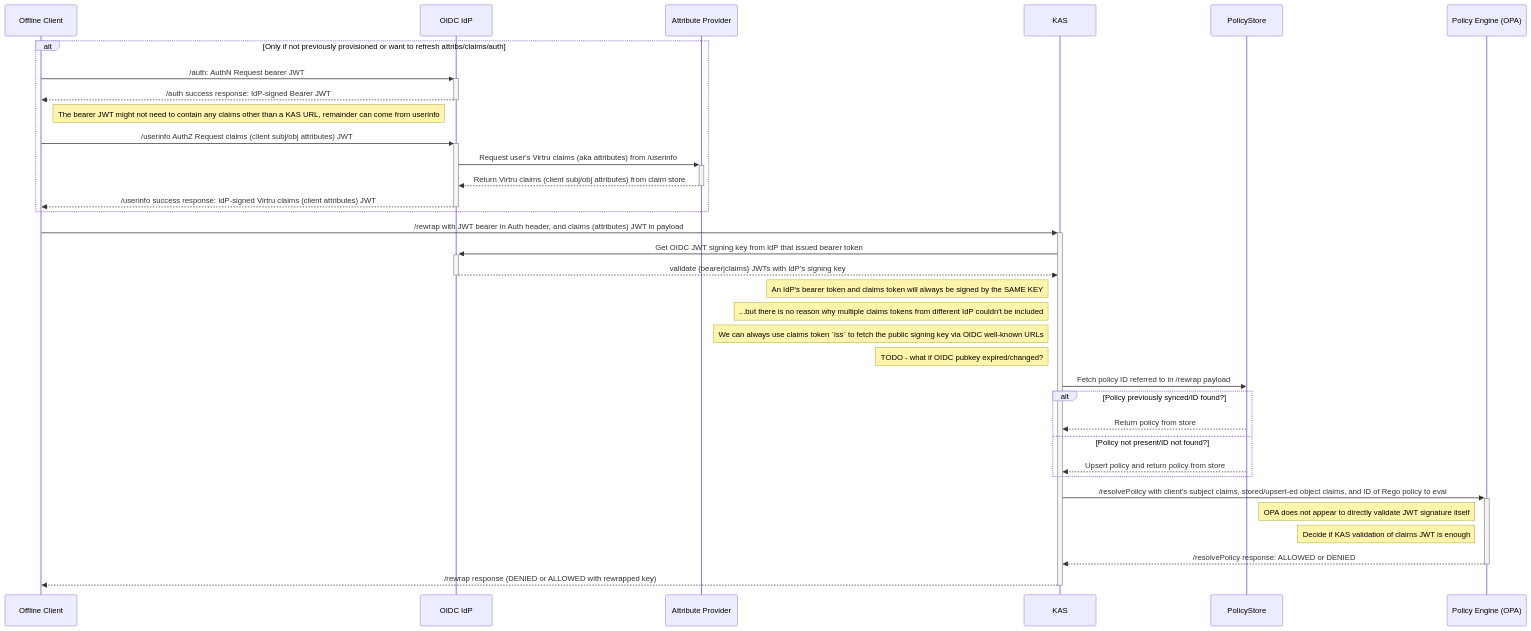
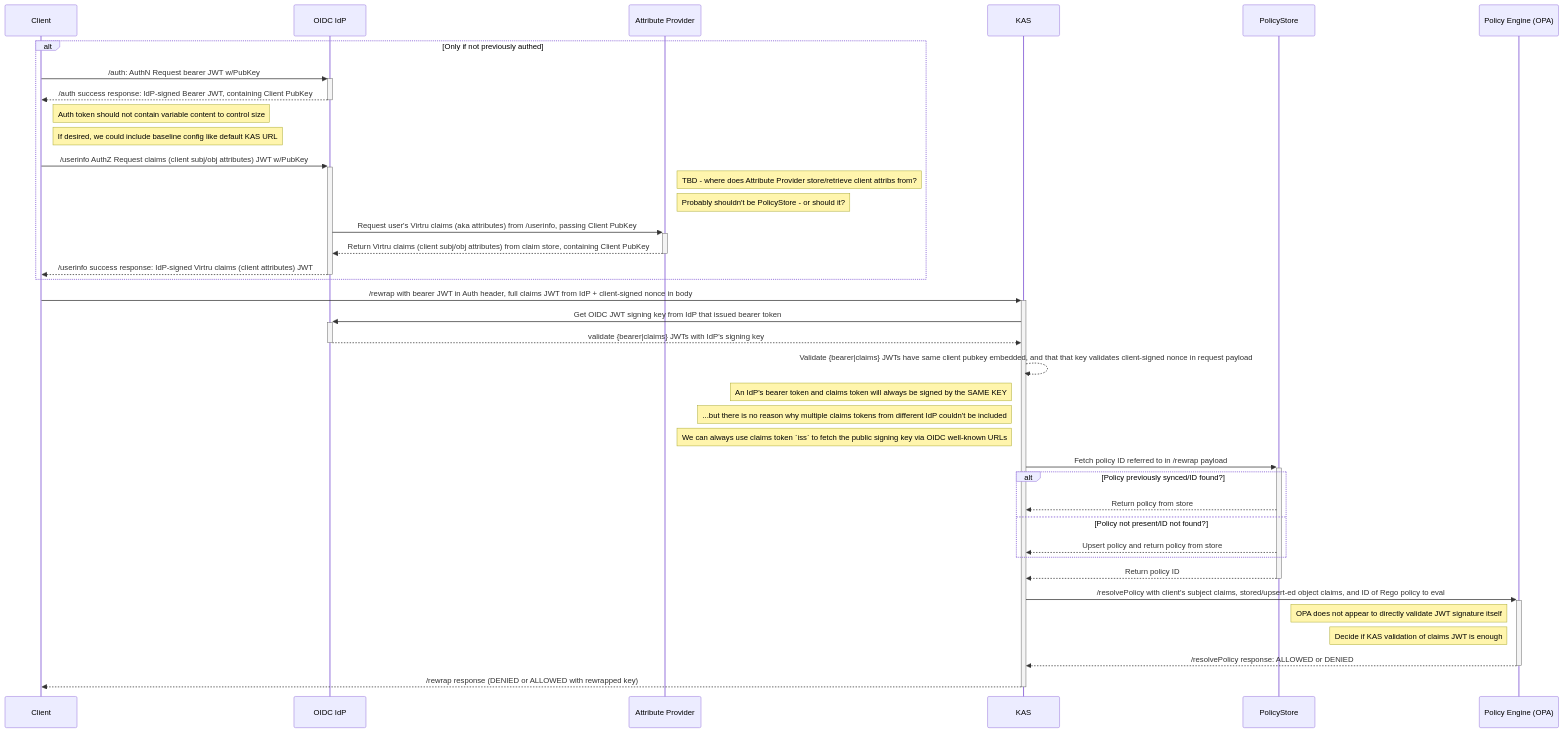
The diagram in diagrams/oidc-offline-rewrap.mmd (opentdf/spec), drawn with Mermaid before and after one commit. The commit also changed 11 other files, not shown here.

Commit message:
Update diagrams some more

```diff
--- a/diagrams/oidc-offline-rewrap.mmd
+++ b/diagrams/oidc-offline-rewrap.mmd
@@ -1,39 +1,44 @@
 sequenceDiagram
 
-    participant Client as Offline Client
+    participant Client
     participant IdP as OIDC IdP
     participant Attribute Provider
     participant KAS
     participant PolicyStore
     participant OPA as Policy Engine (OPA)
 
 
-    alt Only if not previously provisioned or want to refresh attribs/claims/auth
-        Client->>+IdP: /auth: AuthN Request bearer JWT
-        IdP-->>-Client: /auth success response: IdP-signed Bearer JWT
-        Note right of Client: The bearer JWT might not need to contain any claims other than a KAS URL, remainder can come from userinfo
+    alt Only if not previously authed
+        Client->>+IdP: /auth: AuthN Request bearer JWT w/PubKey
+        IdP-->>-Client: /auth success response: IdP-signed Bearer JWT, containing Client PubKey
+        Note right of Client: Auth token should not contain variable content to control size
+        Note right of Client: If desired, we could include baseline config like default KAS URL
 
-        Client->>+IdP: /userinfo AuthZ Request claims (client subj/obj attributes) JWT
-        IdP->>+Attribute Provider: Request user's Virtru claims (aka attributes) from /userinfo
-        Attribute Provider-->>-IdP: Return Virtru claims (client subj/obj attributes) from claim store
+        Client->>+IdP: /userinfo AuthZ Request claims (client subj/obj attributes) JWT w/PubKey
+        Note right of Attribute Provider: TBD - where does Attribute Provider store/retrieve client attribs from?
+        Note right of Attribute Provider: Probably shouldn't be PolicyStore - or should it?
+        IdP->>+Attribute Provider: Request user's Virtru claims (aka attributes) from /userinfo, passing Client PubKey
+
+        Attribute Provider-->>-IdP: Return Virtru claims (client subj/obj attributes) from claim store, containing Client PubKey
         IdP-->>-Client: /userinfo success response: IdP-signed Virtru claims (client attributes) JWT
     end
-    Client->>+KAS: /rewrap with JWT bearer in Auth header, and claims (attributes) JWT in payload
+    Client->>+KAS: /rewrap with bearer JWT in Auth header, full claims JWT from IdP + client-signed nonce in body
     KAS->>+IdP: Get OIDC JWT signing key from IdP that issued bearer token
     IdP-->>-KAS: validate {bearer|claims} JWTs with IdP's signing key
+    KAS-->>KAS: Validate {bearer|claims} JWTs have same client pubkey embedded, and that that key validates client-signed nonce in request payload
     Note left of KAS: An IdP's bearer token and claims token will always be signed by the SAME KEY
     Note left of KAS: ...but there is no reason why multiple claims tokens from different IdP couldn't be included
     Note left of KAS: We can always use claims token `iss` to fetch the public signing key via OIDC well-known URLs
-    Note left of KAS: TODO - what if OIDC pubkey expired/changed?
-    KAS->>PolicyStore: Fetch policy ID referred to in /rewrap payload
+    KAS->>+PolicyStore: Fetch policy ID referred to in /rewrap payload
     alt Policy previously synced/ID found?
         PolicyStore-->>KAS: Return policy from store
     else Policy not present/ID not found?
         PolicyStore-->>KAS: Upsert policy and return policy from store
     end
+    PolicyStore-->>-KAS: Return policy ID
     KAS->>+OPA: /resolvePolicy with client's subject claims, stored/upsert-ed object claims, and ID of Rego policy to eval
     Note left of OPA: OPA does not appear to directly validate JWT signature itself
     Note left of OPA: Decide if KAS validation of claims JWT is enough
     OPA-->>-KAS: /resolvePolicy response: ALLOWED or DENIED
 
     KAS-->>-Client: /rewrap response (DENIED or ALLOWED with rewrapped key)
```
